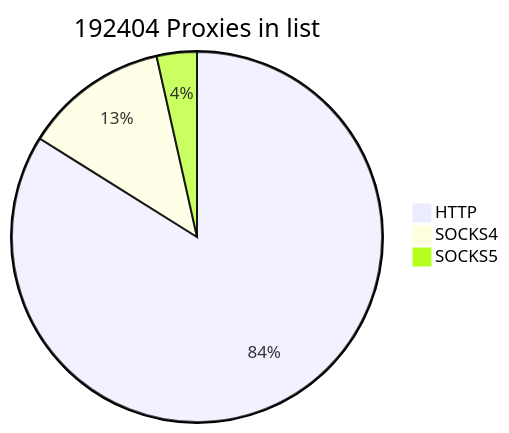
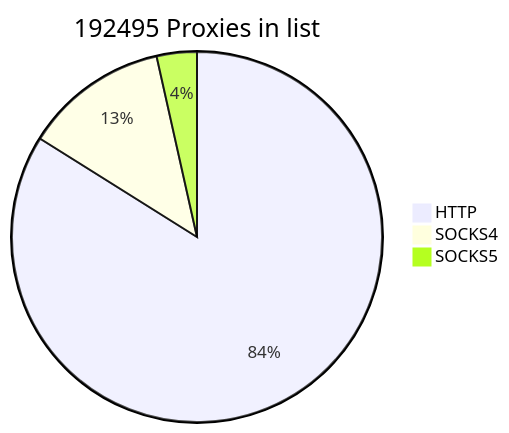
One commit to cutipu/proxylist changed the first of 2 diagrams in README.md. Above: the diagram before and after it, drawn with Mermaid. The commit also changed other lines of this file, not shown here.

````diff
--- a/README.md
+++ b/README.md
@@ -2,7 +2,7 @@
 ```mermaid
-pie title 192404 Proxies in list
-    "HTTP" : 161438
-    "SOCKS4" : 24224
-    "SOCKS5" : 6742
+pie title 192495 Proxies in list
+    "HTTP" : 161529
+    "SOCKS4" : 24223
+    "SOCKS5" : 6743
             
 ```
````
